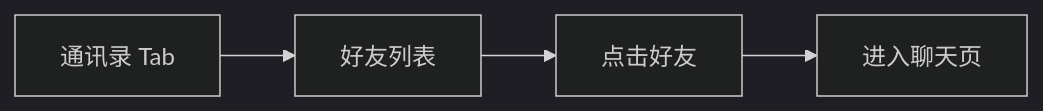
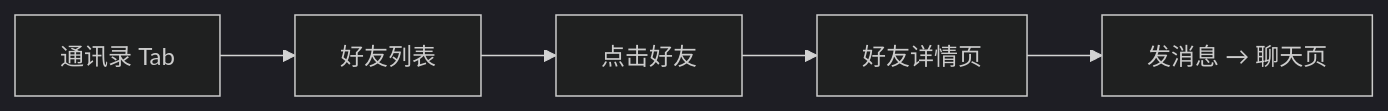
One commit to toly1994328/flash_im_by_ai changed the fourth of 5 diagrams in docs/features/im/friend/v0.0.1/analysis.md. Above: the diagram before and after it, drawn with Mermaid (dark theme). The commit also changed other lines of this file and 3 other files, not shown here.

````diff
--- a/docs/features/im/friend/v0.0.1/analysis.md
+++ b/docs/features/im/friend/v0.0.1/analysis.md
@@ -63,6 +63,7 @@
 ```mermaid
 flowchart LR
     D1[通讯录 Tab] --> D2[好友列表]
     D2 --> D3[点击好友]
-    D3 --> D4[进入聊天页]
+    D3 --> D4[好友详情页]
+    D4 --> D5[发消息 → 聊天页]
 ```
````
